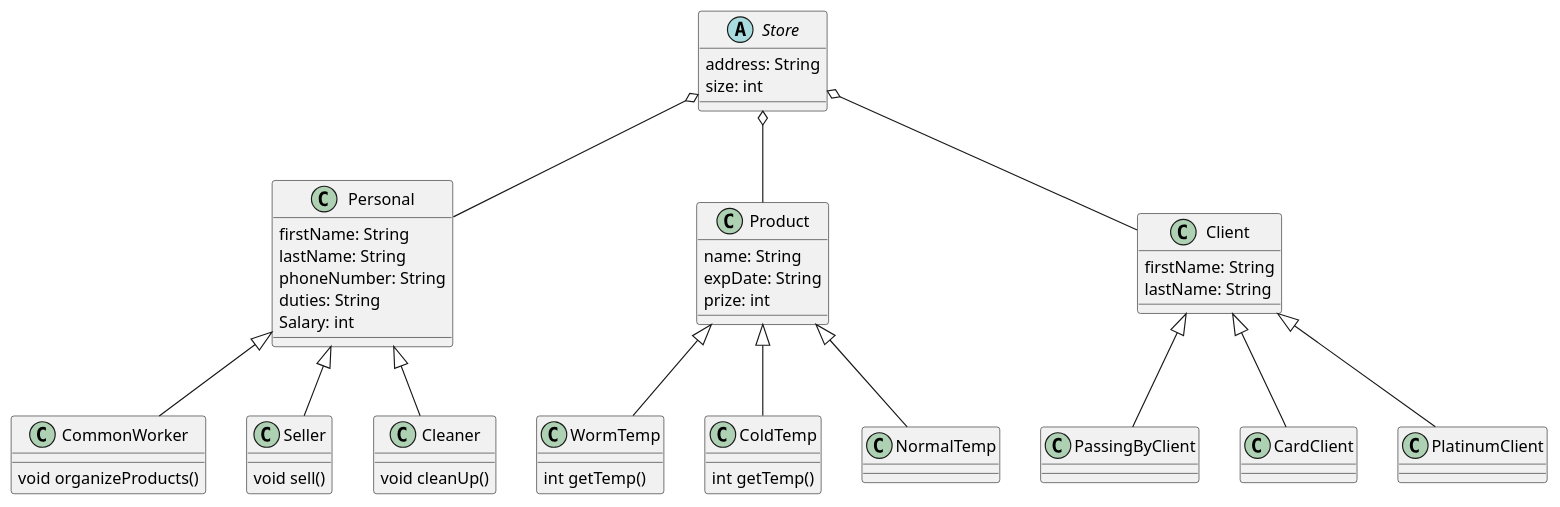
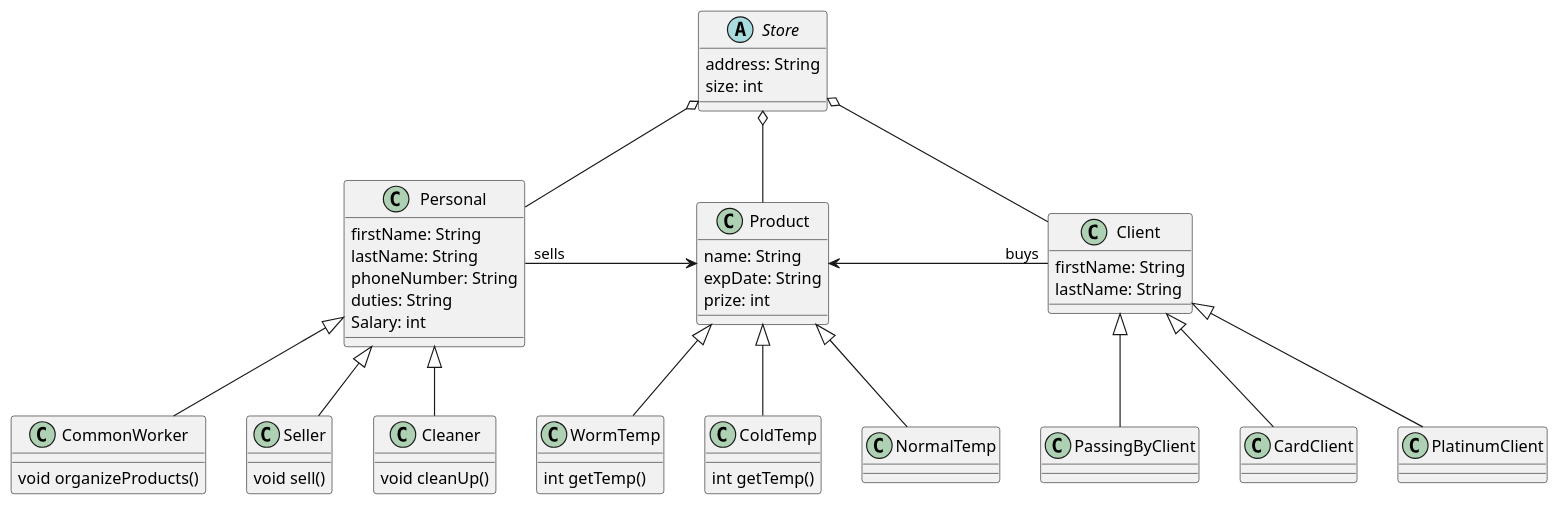
One commit to KrasimirRaikov/Course changed the diagram in out/production/course/com/clouway/objects/Store.puml. Above: the diagram before and after it, drawn with PlantUML.

Commit message:
store changes

```diff
--- a/out/production/course/com/clouway/objects/Store.puml
+++ b/out/production/course/com/clouway/objects/Store.puml
@@ -1,55 +1,56 @@
 @startuml
 
 abstract Store{
 address: String
 size: int
 }
 
 class Personal{
 firstName: String
 lastName: String
 phoneNumber: String
 duties: String
 Salary: int
 }
 class CommonWorker extends Personal{
 void organizeProducts()
 }
 class Seller extends Personal{
 void sell()
 }
 class Cleaner extends Personal{
 void cleanUp()
 }
 
 class Product{
 name: String
 expDate: String
 prize: int
 }
 class WormTemp extends Product{
 int getTemp()
 }
 class ColdTemp extends Product{
 int getTemp()
 }
 class NormalTemp extends Product{
 
 }
 class Client{
 firstName: String
 lastName: String
 }
 class PassingByClient extends Client{
 }
 class CardClient extends Client{
 }
 class PlatinumClient extends Client{
 }
 
 Store o-- Personal
 Store o-- Product
 Store o-- Client
-
+Personal "sells"->Product
+Product<- "buys"Client
 
 @enduml
```
